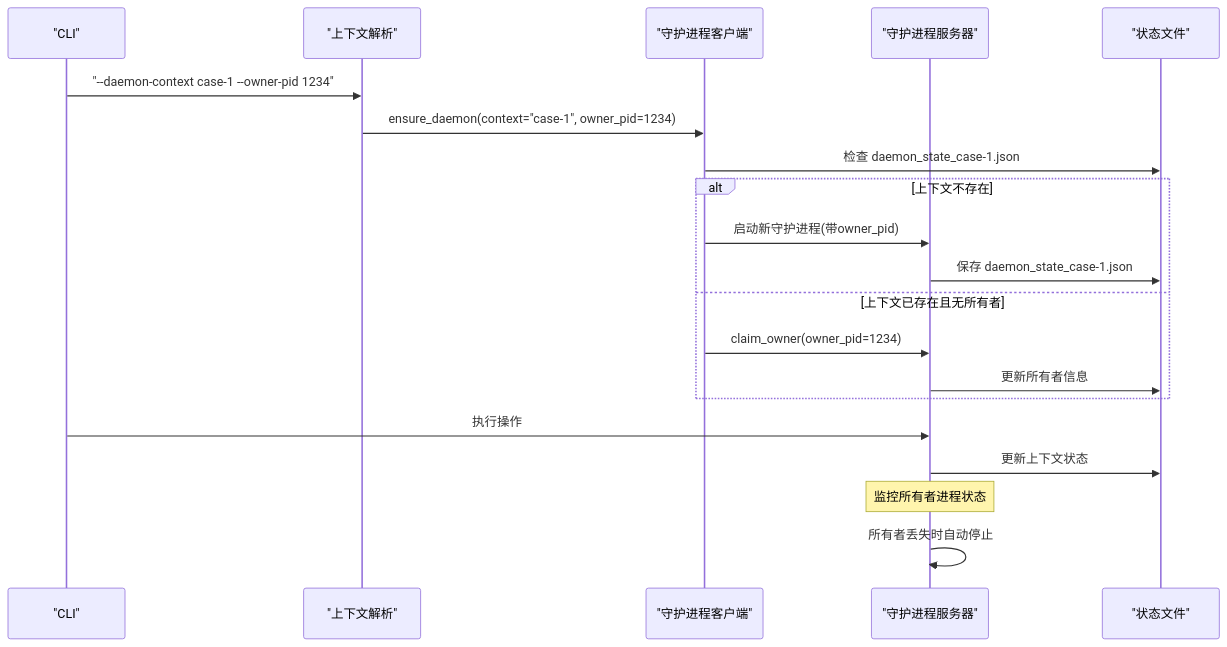
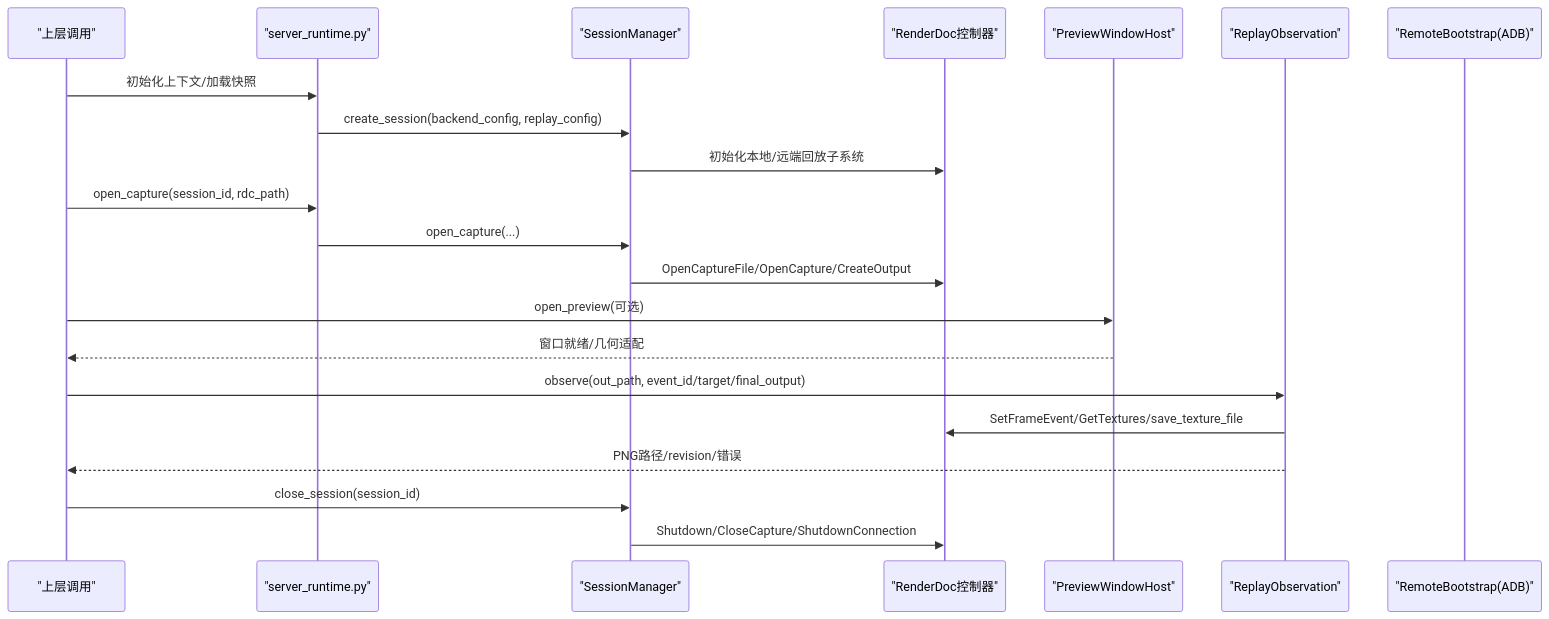
Before and after one commit to haolange/RDC-Tool: the second of 9 diagrams in .qoder/repowiki/zh/content/核心概念/会话模型.md, drawn with Mermaid. The commit also changed other lines of this file and 234 other files, not shown here.

````diff
--- a/.qoder/repowiki/zh/content/核心概念/会话模型.md
+++ b/.qoder/repowiki/zh/content/核心概念/会话模型.md
@@ -167,22 +101,23 @@
 ```mermaid
 sequenceDiagram
-participant CLI as "CLI"
-participant PARSE as "上下文解析"
-participant DC as "守护进程客户端"
-participant DS as "守护进程服务器"
-participant FILE as "状态文件"
-CLI->>PARSE : "--daemon-context case-1 --owner-pid 1234"
-PARSE->>DC : ensure_daemon(context="case-1", owner_pid=1234)
-DC->>FILE : 检查 daemon_state_case-1.json
-alt 上下文不存在
-DC->>DS : 启动新守护进程(带owner_pid)
-DS->>FILE : 保存 daemon_state_case-1.json
-else 上下文已存在且无所有者
-DC->>DS : claim_owner(owner_pid=1234)
-DS->>FILE : 更新所有者信息
-end
-CLI->>DS : 执行操作
-DS->>FILE : 更新上下文状态
-Note over DS : 监控所有者进程状态
-DS->>DS : 所有者丢失时自动停止
+participant U as "上层调用"
+participant S as "server_runtime.py"
+participant M as "SessionManager"
+participant RD as "RenderDoc控制器"
+participant P as "PreviewWindowHost"
+participant O as "ReplayObservation"
+participant AB as "RemoteBootstrap(ADB)"
+U->>S : 初始化上下文/加载快照
+S->>M : create_session(backend_config, replay_config)
+M->>RD : 初始化本地/远端回放子系统
+U->>S : open_capture(session_id, rdc_path)
+S->>M : open_capture(...)
+M->>RD : OpenCaptureFile/OpenCapture/CreateOutput
+U->>P : open_preview(可选)
+P-->>U : 窗口就绪/几何适配
+U->>O : observe(out_path, event_id/target/final_output)
+O->>RD : SetFrameEvent/GetTextures/save_texture_file
+O-->>U : PNG路径/revision/错误
+U->>M : close_session(session_id)
+M->>RD : Shutdown/CloseCapture/ShutdownConnection
 ```
````
